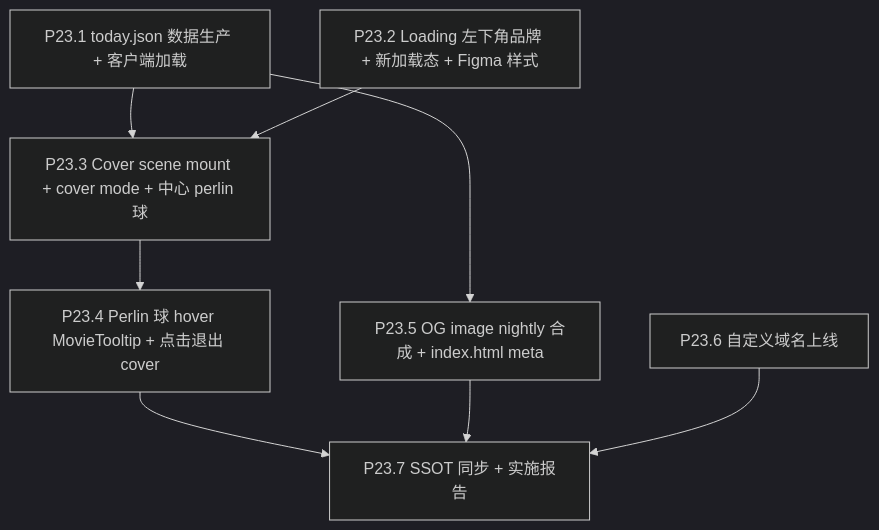
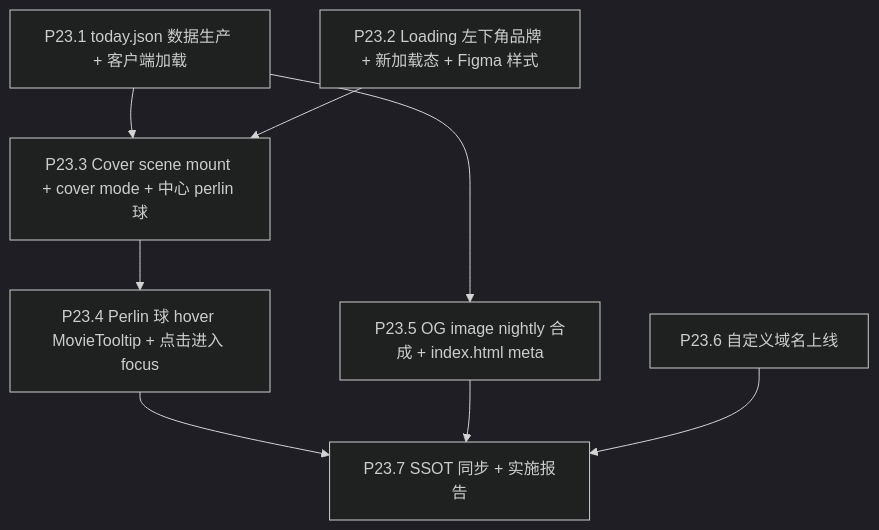
Before and after one commit to XYBuilds/chronicle_v3_3d_galaxy: the diagram in .cursor/plans/phase_23_movie_today_domain_og_8aceff5a.plan.md, drawn with Mermaid (dark theme). The commit also changed other lines of this file, not shown here.

Commit message:
feat(P23.3): remove Start button and enhance cover mode interactions, integrating perlin ball as entry point with improved hover and click functionality

````diff
--- a/.cursor/plans/phase_23_movie_today_domain_og_8aceff5a.plan.md
+++ b/.cursor/plans/phase_23_movie_today_domain_og_8aceff5a.plan.md
@@ -68,18 +72,18 @@
 ```mermaid
 flowchart TD
     P231["P23.1 today.json 数据生产 + 客户端加载"]
     P232["P23.2 Loading 左下角品牌 + 新加载态 + Figma 样式"]
     P233["P23.3 Cover scene mount + cover mode + 中心 perlin 球"]
-    P234["P23.4 Perlin 球 hover MovieTooltip + 点击退出 cover"]
+    P234["P23.4 Perlin 球 hover MovieTooltip + 点击进入 focus"]
     P235["P23.5 OG image nightly 合成 + index.html meta"]
     P236["P23.6 自定义域名上线"]
     P237["P23.7 SSOT 同步 + 实施报告"]
 
     P231 --> P233
     P231 --> P235
     P232 --> P233
     P233 --> P234
     P234 --> P237
     P235 --> P237
     P236 --> P237
 ```
````
